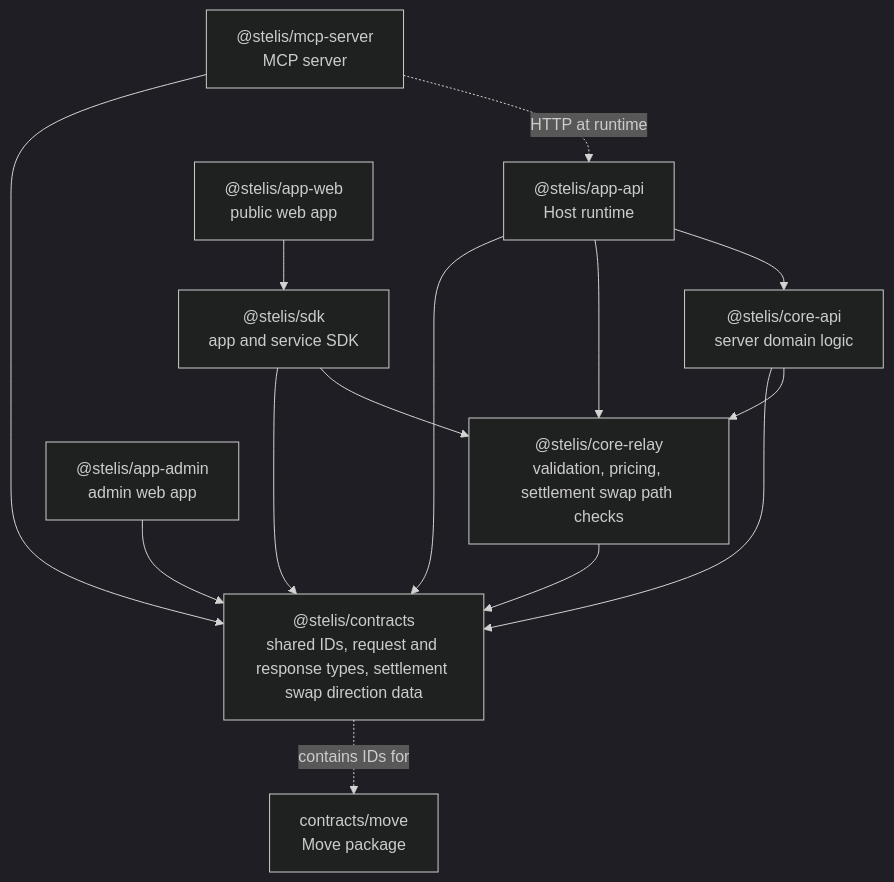
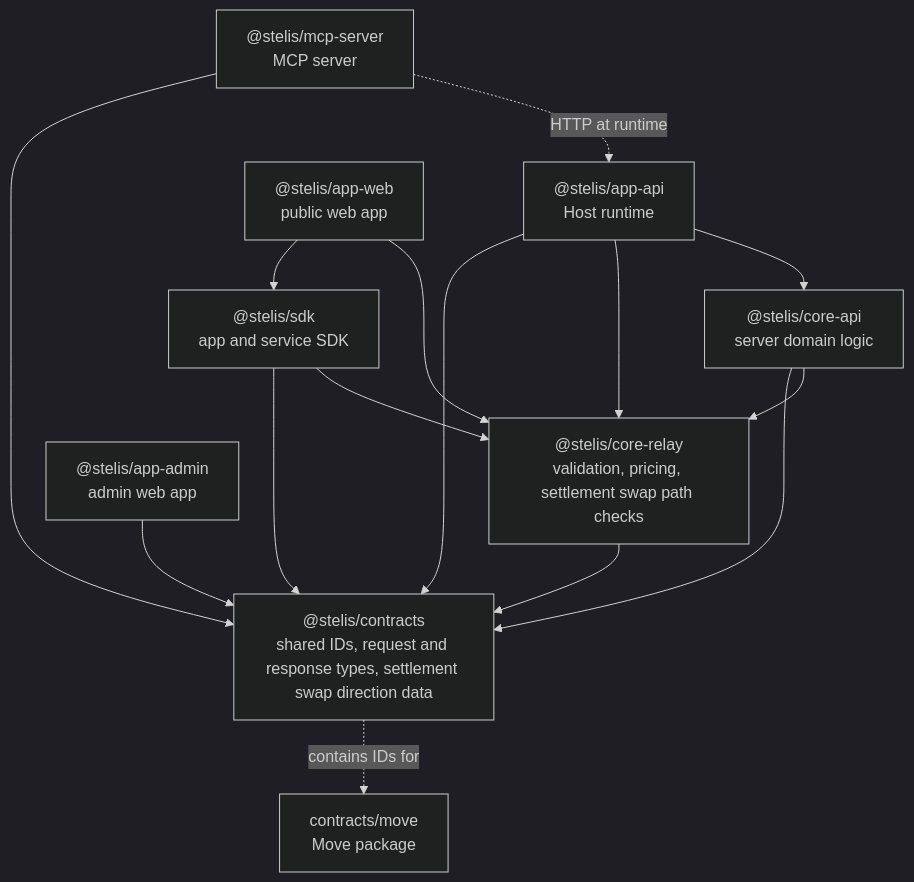
One commit to stelis-dev/stelis-dev.github.io changed the diagram in docs/repository-structure.md. Above: the diagram before and after it, drawn with Mermaid (dark theme). The commit also changed other lines of this file and 256 other files, not shown here.

````diff
--- a/docs/repository-structure.md
+++ b/docs/repository-structure.md
@@ -62,26 +62,27 @@
 ```mermaid
 graph TD
     Move["contracts/move\nMove package"]
     Contracts["@stelis/contracts\nshared IDs, request and response types, settlement swap direction data"]
     Relay["@stelis/core-relay\nvalidation, pricing, settlement swap path checks"]
     CoreApi["@stelis/core-api\nserver domain logic"]
     Sdk["@stelis/sdk\napp and service SDK"]
     Mcp["@stelis/mcp-server\nMCP server"]
     AppApi["@stelis/app-api\nHost runtime"]
     AppWeb["@stelis/app-web\npublic web app"]
     AppAdmin["@stelis/app-admin\nadmin web app"]
 
     Relay --> Contracts
     CoreApi --> Contracts
     CoreApi --> Relay
     Sdk --> Contracts
     Sdk --> Relay
     Mcp --> Contracts
     AppApi --> Contracts
     AppApi --> Relay
     AppApi --> CoreApi
     AppWeb --> Sdk
+    AppWeb --> Relay
     AppAdmin --> Contracts
     Mcp -. "HTTP at runtime" .-> AppApi
     Contracts -. "contains IDs for" .-> Move
 ```
````
